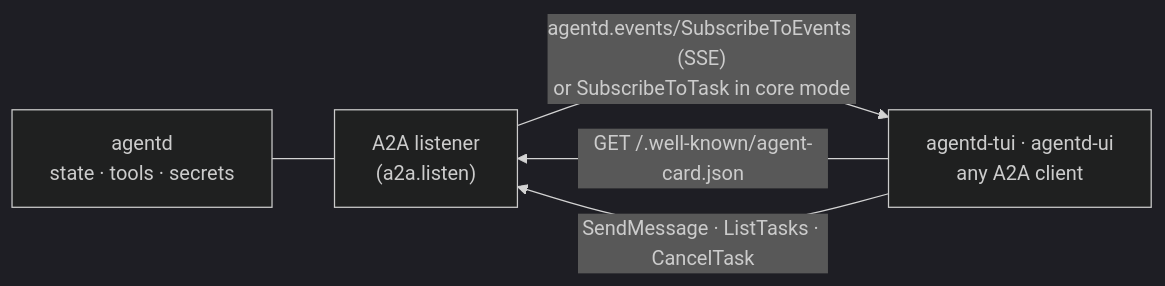
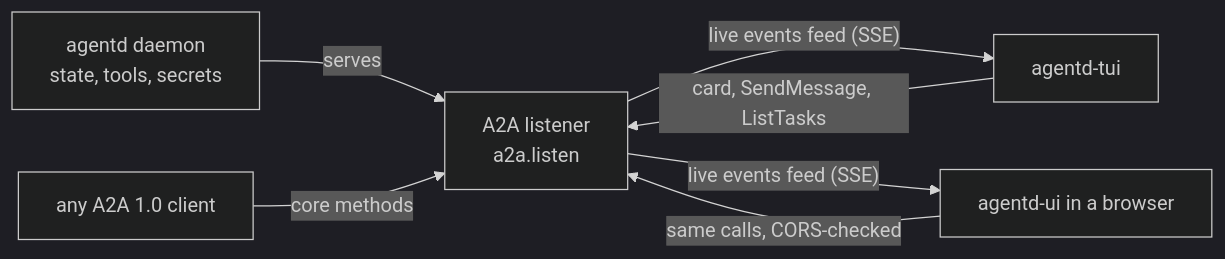
Before and after one commit to agentd-dev/source-code: the diagram in docs/interface.md, drawn with Mermaid (dark theme). The commit also changed other lines of this file and 110 other files, not shown here.

````diff
--- a/docs/interface.md
+++ b/docs/interface.md
@@ -17,7 +26,9 @@
 ```mermaid
 flowchart LR
-    D["agentd\nstate · tools · secrets"] --- L["A2A listener\n(a2a.listen)"]
-    C["agentd-tui · agentd-ui\nany A2A client"] -- "GET /.well-known/agent-card.json" --> L
-    C -- "SendMessage · ListTasks · CancelTask" --> L
-    L -- "agentd.events/SubscribeToEvents (SSE)\nor SubscribeToTask in core mode" --> C
+    D["agentd daemon<br/>state, tools, secrets"] -- "serves" --> L["A2A listener<br/>a2a.listen"]
+    T["agentd-tui"] -- "card, SendMessage, ListTasks" --> L
+    W["agentd-ui in a browser"] -- "same calls, CORS-checked" --> L
+    O["any A2A 1.0 client"] -- "core methods" --> L
+    L -- "live events feed (SSE)" --> T
+    L -- "live events feed (SSE)" --> W
 ```
````
